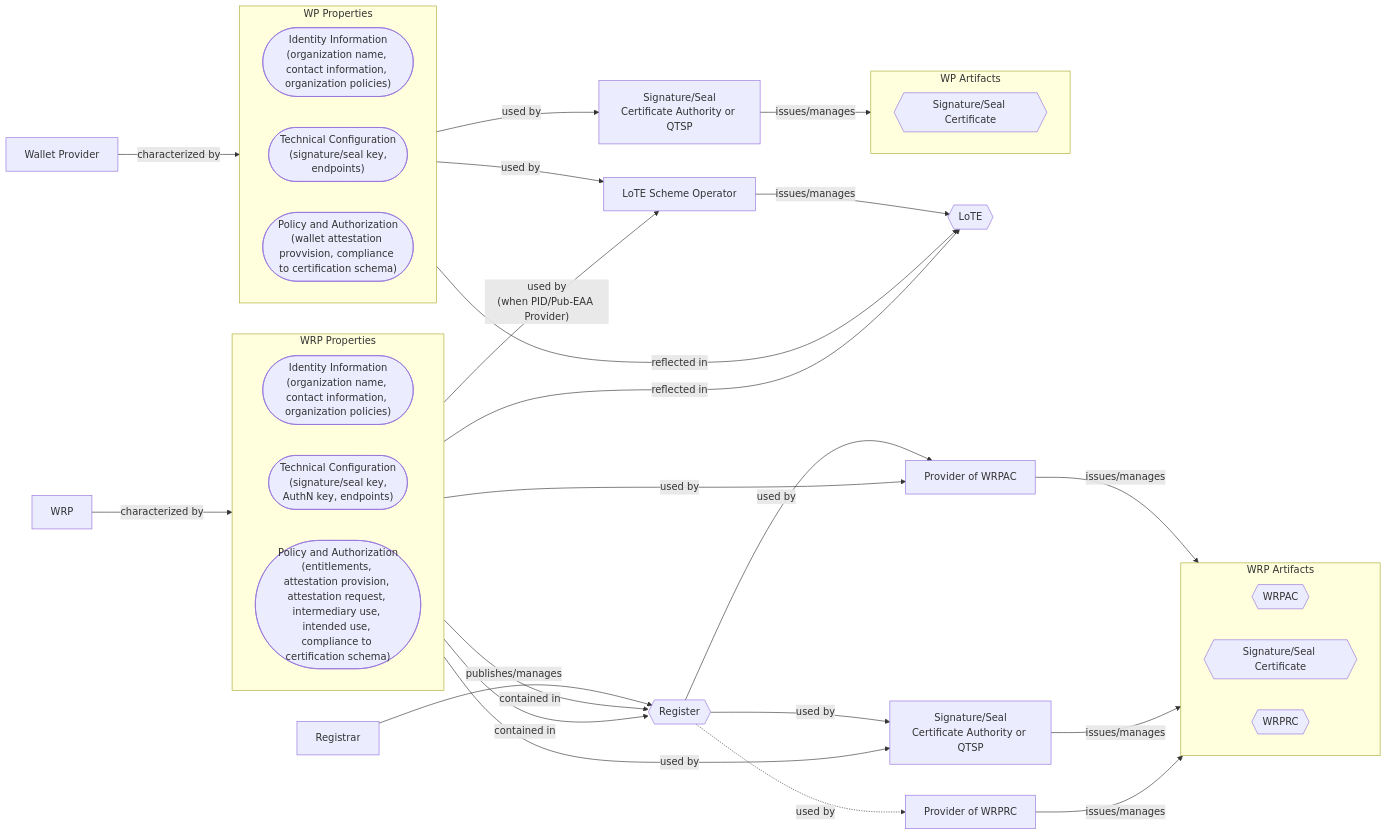
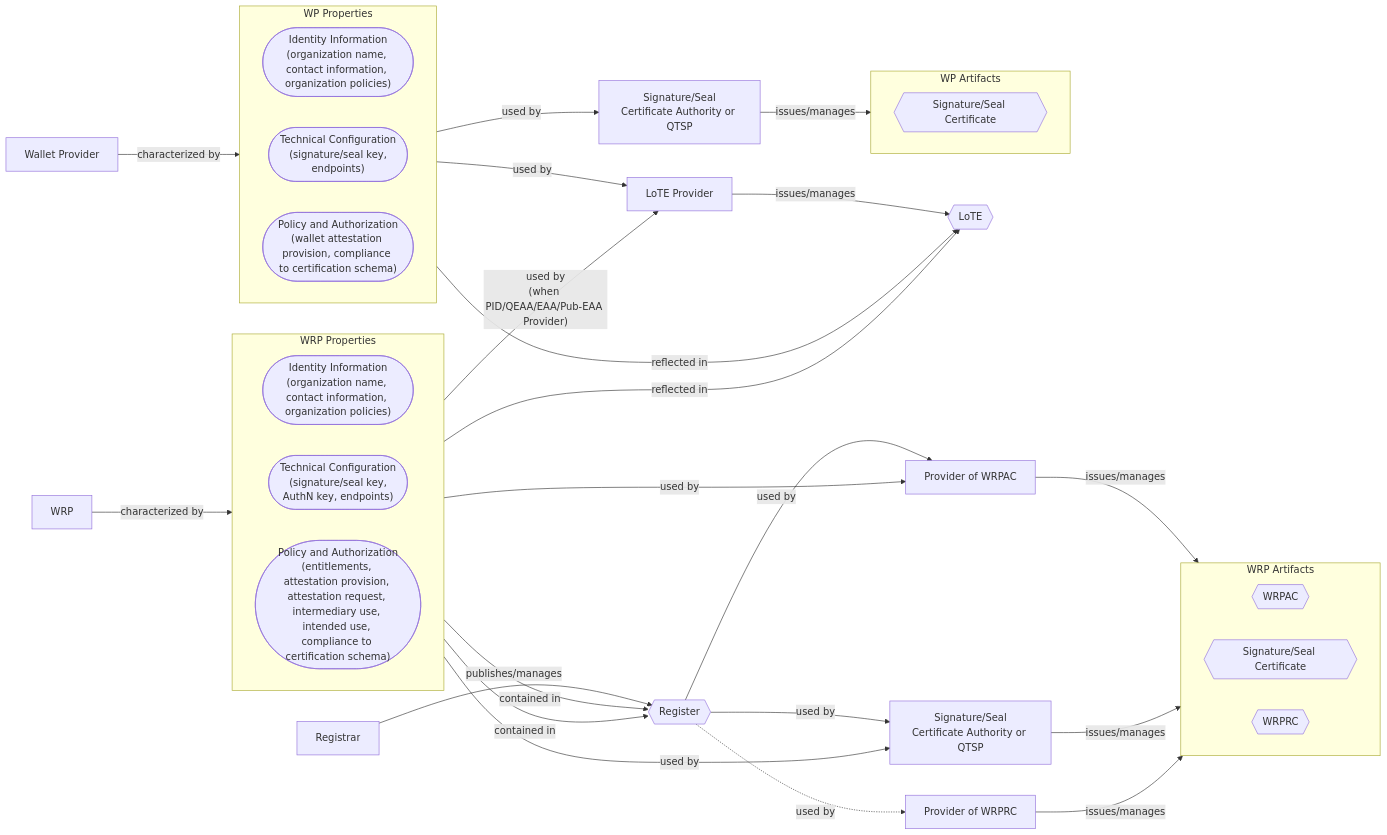
The first of 4 diagrams in docs/topics/trust-management-process.md (APTITUDE-Consortium/wp2-trust-specifications), drawn with Mermaid before and after one commit. The commit also changed other lines of this file, not shown here.

````diff
--- a/docs/topics/trust-management-process.md
+++ b/docs/topics/trust-management-process.md
@@ -126,70 +104,70 @@
 ```mermaid
 flowchart LR
     wrp["WRP"]
 
     subgraph abst["WRP Properties"]
         direction LR
         id(["Identity Information<br>(organization name, contact information, organization policies)"])
         tech(["Technical Configuration<br>(signature/seal key,<br>AuthN key, endpoints)"])
         authz(["Policy and Authorization<br>(entitlements, attestation provision, attestation request, intermediary use, intended use, compliance to certification schema)"])
     end
 
     subgraph arti["WRP Artifacts"]
         direction LR
         ac{{"WRPAC"}}
         csig{{"Signature/Seal Certificate"}}
         rc{{"WRPRC"}}
     end
 
     tl{{"LoTE"}}
     reg{{"Register"}}
 
     ca["Signature/Seal<br>Certificate Authority or QTSP"]
     acca["Provider of WRPAC"]
     rcca["Provider of WRPRC"]
     ent_reg["Registrar"]
-    tlp["LoTE Scheme Operator"]
+    tlp["LoTE Provider"]
 
     ent_reg --"publishes/manages"--> reg
     wrp --"characterized by"--> abst
 
     reg --"used by"--> acca
     tech --"used by"--> acca
     acca --"issues/manages"--> ac
 
     reg --"used by"--> ca
     tech --"used by"--> ca
     ca --"issues/manages"--> csig
 
     reg -."used by".-> rcca
     rcca --"issues/manages"--> rc
 
     id --"contained in"--> reg
     authz --"reflected in"--> tl
     authz --"contained in"--> reg
-    abst --"used by<br>(when PID/Pub-EAA Provider)"--> tlp
+    abst --"used by<br>(when PID/QEAA/EAA/Pub-EAA Provider)"--> tlp
     tlp --"issues/manages"--> tl
     
 
     wp["Wallet Provider"]
 
     subgraph abst_wp["WP Properties"]
         direction LR
         id_wp(["Identity Information<br>(organization name, contact information, organization policies)"])
         tech_wp(["Technical Configuration<br>(signature/seal key,<br>endpoints)"])
-        authz_wp(["Policy and Authorization<br>(wallet attestation provvision, compliance to certification schema)"])
+         authz_wp(["Policy and Authorization<br>(wallet attestation provision, compliance to certification schema)"])
     end
 
     subgraph arti_wp["WP Artifacts"]
         direction LR
         csig_wp{{"Signature/Seal Certificate"}}
     end
     ca_wp["Signature/Seal<br>Certificate Authority or QTSP"]
 
     wp --"characterized by"--> abst_wp
     authz_wp --"reflected in"--> tl
     tech_wp --"used by"--> ca_wp
     ca_wp --"issues/manages"--> csig_wp
 
     abst_wp --"used by"--> tlp
 ```
````
